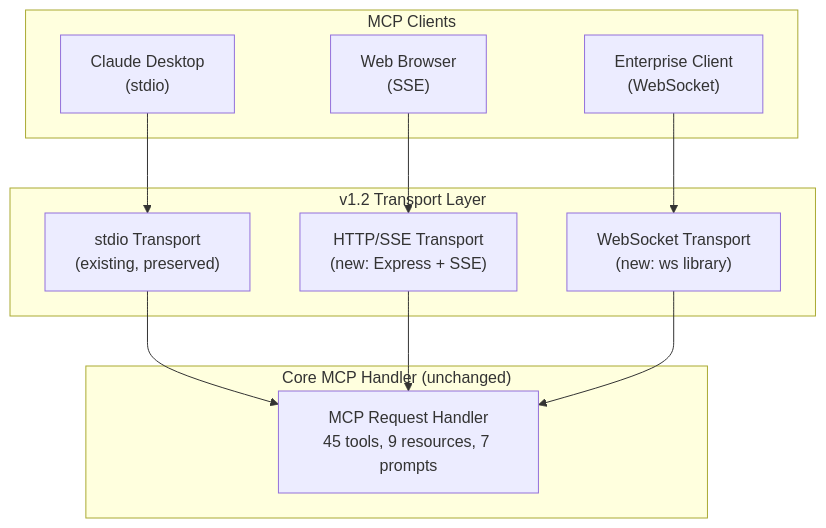
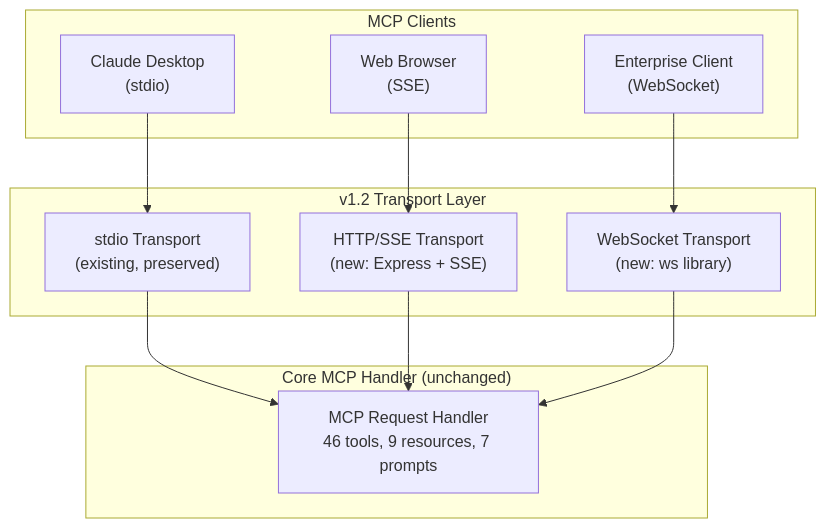
The third of 4 diagrams in FUTURE_ARCHITECTURE.md (Hack23/European-Parliament-MCP-Server), drawn with Mermaid before and after one commit. The commit also changed other lines of this file and 36 other files, not shown here.

````diff
--- a/FUTURE_ARCHITECTURE.md
+++ b/FUTURE_ARCHITECTURE.md
@@ -146,25 +146,25 @@
 ```mermaid
 flowchart TD
     subgraph Transports["v1.2 Transport Layer"]
         STDIO["stdio Transport\n(existing, preserved)"]
         HTTP["HTTP/SSE Transport\n(new: Express + SSE)"]
         WS["WebSocket Transport\n(new: ws library)"]
     end
 
     subgraph Clients["MCP Clients"]
         LOCAL["Claude Desktop\n(stdio)"]
         WEB["Web Browser\n(SSE)"]
         ENT["Enterprise Client\n(WebSocket)"]
     end
 
     subgraph Core["Core MCP Handler (unchanged)"]
-        HANDLER["MCP Request Handler\n45 tools, 9 resources, 7 prompts"]
+        HANDLER["MCP Request Handler\n46 tools, 9 resources, 7 prompts"]
     end
 
     LOCAL --> STDIO
     WEB --> HTTP
     ENT --> WS
     STDIO --> HANDLER
     HTTP --> HANDLER
     WS --> HANDLER
 ```
````
